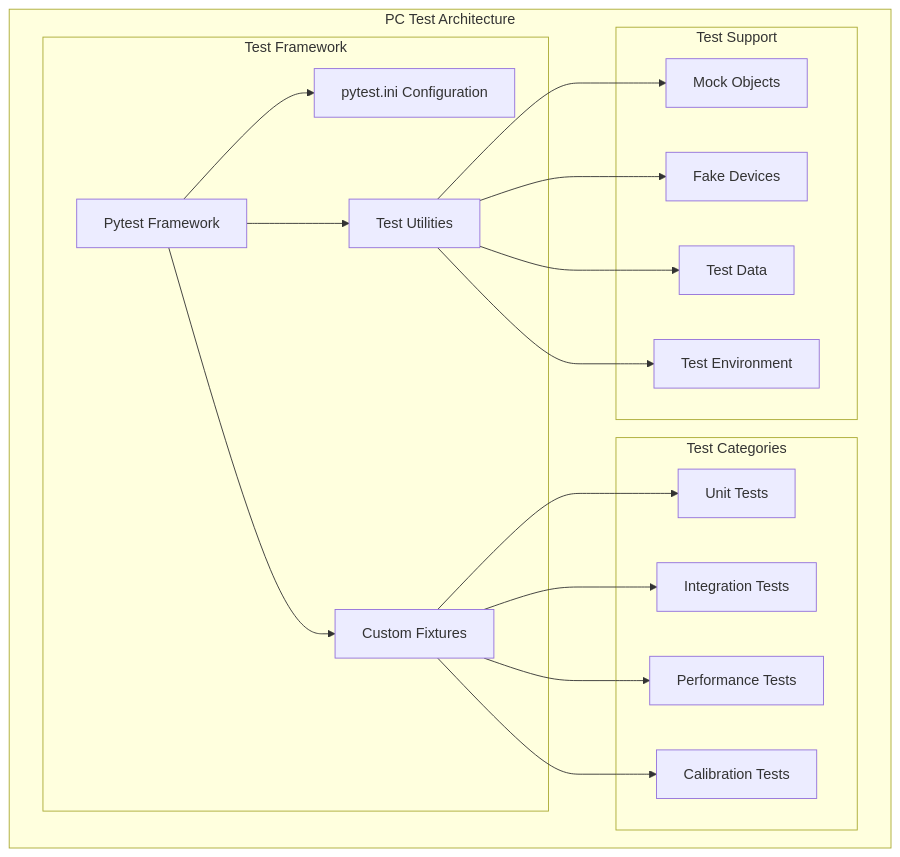
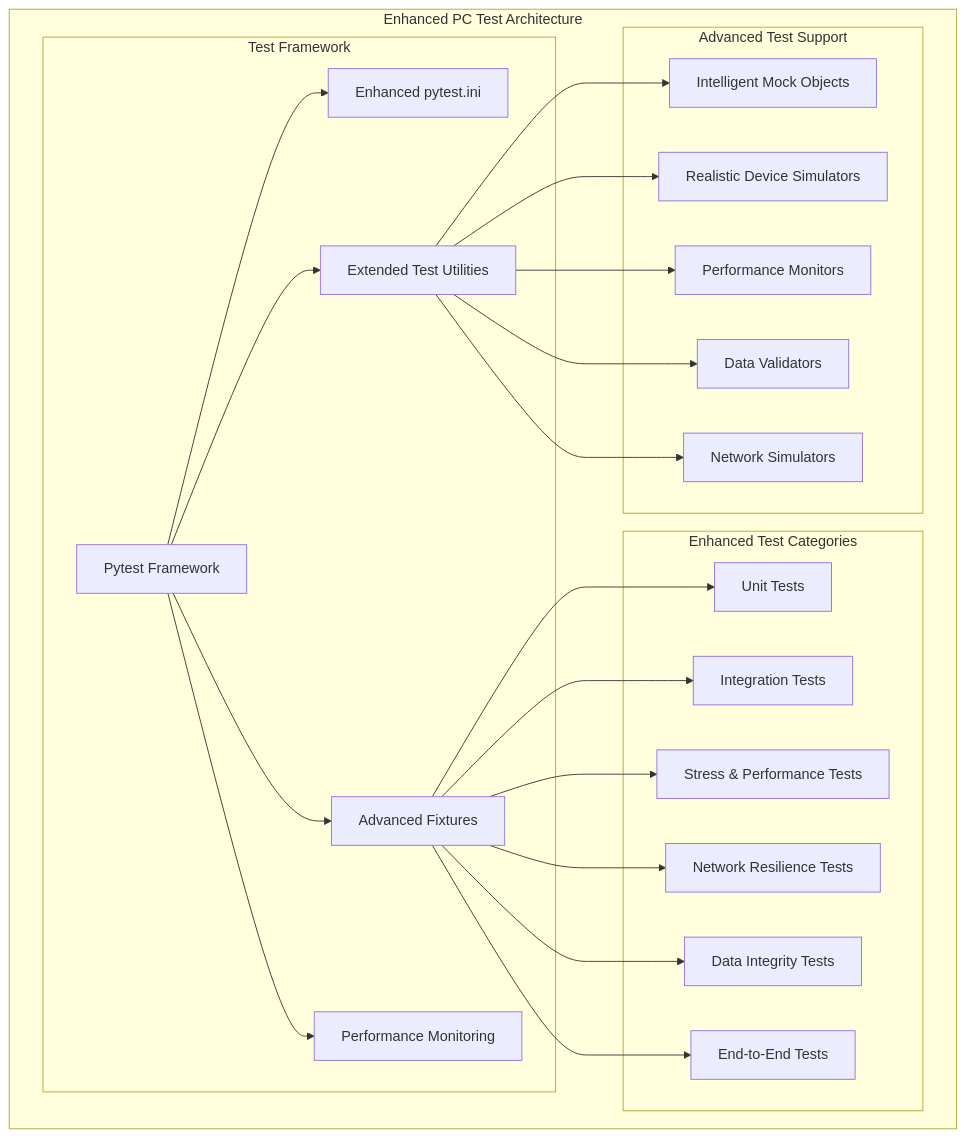
One commit to buccancs/fyp-multi-sensor-recording-system changed the second of 7 diagrams in docs/comprehensive/pc-android-testing-guide.md. Above: the diagram before and after it, drawn with Mermaid. The commit also changed other lines of this file and 18 other files, not shown here.

````diff
--- a/docs/comprehensive/pc-android-testing-guide.md
+++ b/docs/comprehensive/pc-android-testing-guide.md
@@ -89,39 +98,47 @@
 ```mermaid
 graph TB
-    subgraph "PC Test Architecture"
+    subgraph "Enhanced PC Test Architecture"
         subgraph "Test Framework"
             PYTEST[Pytest Framework]
-            CONF[pytest.ini Configuration]
-            FIX[Custom Fixtures]
-            UTIL[Test Utilities]
+            CONF[Enhanced pytest.ini]
+            FIX[Advanced Fixtures]
+            UTIL[Extended Test Utilities]
+            PERF[Performance Monitoring]
         end
         
-        subgraph "Test Categories"
+        subgraph "Enhanced Test Categories"
             UNIT[Unit Tests]
             INT[Integration Tests]
-            PERF[Performance Tests]
-            CAL[Calibration Tests]
+            STRESS[Stress & Performance Tests]
+            NET[Network Resilience Tests]
+            DATA[Data Integrity Tests]
+            E2E[End-to-End Tests]
         end
         
-        subgraph "Test Support"
-            MOCK[Mock Objects]
-            FAKE[Fake Devices]
-            DATA[Test Data]
-            ENV[Test Environment]
+        subgraph "Advanced Test Support"
+            MOCK[Intelligent Mock Objects]
+            SIM[Realistic Device Simulators]
+            MON[Performance Monitors]
+            VAL[Data Validators]
+            NET_SIM[Network Simulators]
         end
         
         PYTEST --> CONF
         PYTEST --> FIX
         PYTEST --> UTIL
+        PYTEST --> PERF
         
         FIX --> UNIT
         FIX --> INT
-        FIX --> PERF
-        FIX --> CAL
+        FIX --> STRESS
+        FIX --> NET
+        FIX --> DATA
+        FIX --> E2E
         
         UTIL --> MOCK
-        UTIL --> FAKE
-        UTIL --> DATA
-        UTIL --> ENV
+        UTIL --> SIM
+        UTIL --> MON
+        UTIL --> VAL
+        UTIL --> NET_SIM
     end
 ```
````
